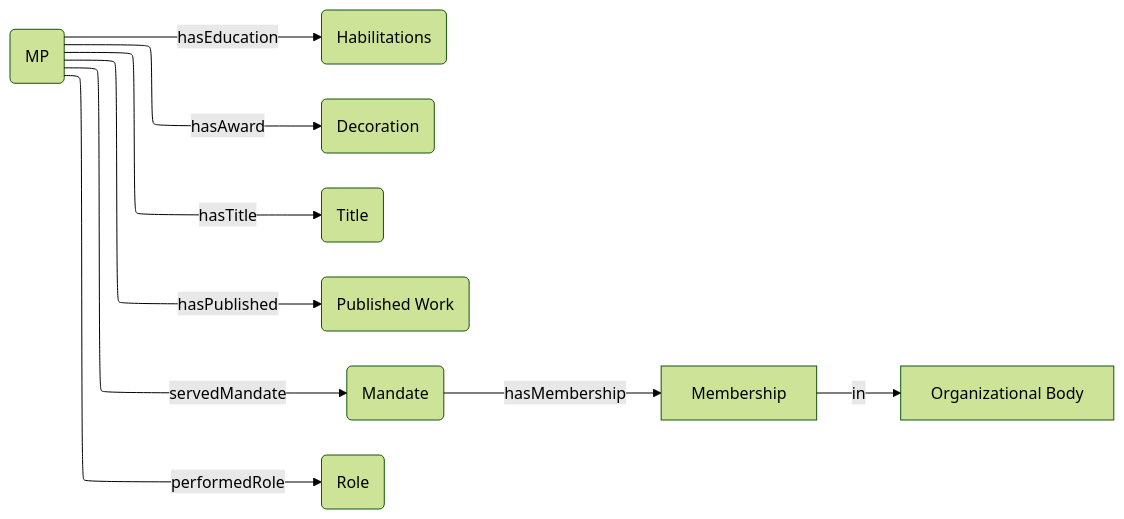
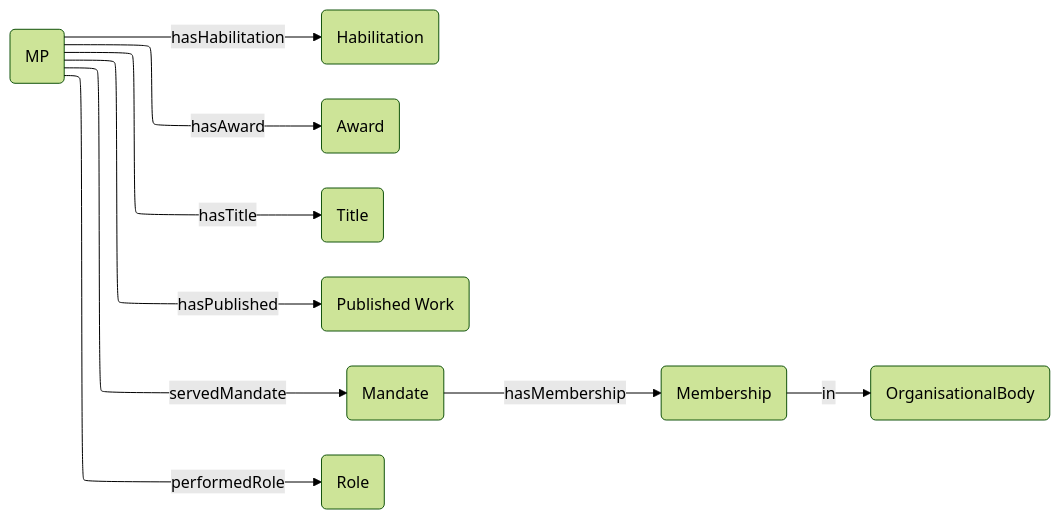
One commit to politrackpt/ontologies changed the diagram in OpenDataGOV-AP/DataModel/mp.mermaid. Above: the diagram before and after it, drawn with Mermaid (forest theme). The commit also changed 1 other file, not shown here.

Commit message:
AP: update biographical profile diagram

```diff
--- a/OpenDataGOV-AP/DataModel/mp.mermaid
+++ b/OpenDataGOV-AP/DataModel/mp.mermaid
@@ -1,13 +1,13 @@
 ---
 config:
   layout: elk
 ---
 flowchart LR
-    Person("MP") -- hasEducation --> Edu("Habilitations")
-    Person -- hasAward --> Award("Decoration")
+    Person("MP") -- hasHabilitation --> Edu("Habilitation")
+    Person -- hasAward --> Award("Award")
     Person -- hasTitle --> Title("Title")
     Person -- hasPublished --> Work("Published Work")
     Person -- servedMandate --> Mandate("Mandate")
     Person -- performedRole --> Role("Role")
-    Mandate -- hasMembership --> Mem["Membership"]
-    Mem -- in --> Body["Organizational Body"]
+    Mandate -- hasMembership --> Mem("Membership")
+    Mem -- in --> Body("OrganisationalBody")
```
